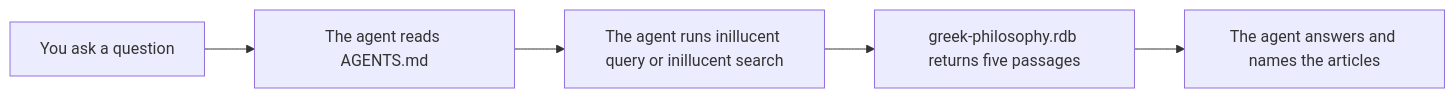
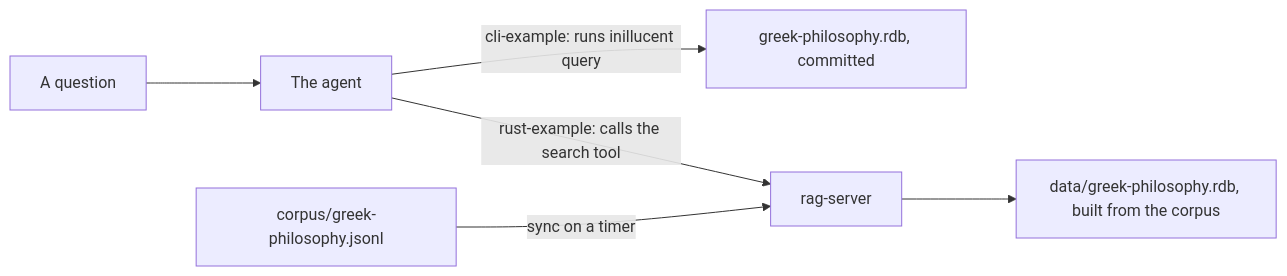
The diagram in examples/rag-agent/README.md (jasonmcaffee/inillucent), drawn with Mermaid before and after one commit. The commit also changed other lines of this file and 49 other files, not shown here.

````diff
--- a/examples/rag-agent/README.md
+++ b/examples/rag-agent/README.md
@@ -48,7 +21,8 @@
 ```mermaid
 flowchart LR
-    A["You ask a question"] --> B["The agent reads AGENTS.md"]
-    B --> C["The agent runs inillucent query or inillucent search"]
-    C --> D["greek-philosophy.rdb returns five passages"]
-    D --> E["The agent answers and names the articles"]
+    Q["A question"] --> A["The agent"]
+    A -->|"cli-example: runs inillucent query"| DB1["greek-philosophy.rdb, committed"]
+    A -->|"rust-example: calls the search tool"| S["rag-server"]
+    S --> DB2["data/greek-philosophy.rdb, built from the corpus"]
+    C["corpus/greek-philosophy.jsonl"] -->|"sync on a timer"| S
 ```
````
